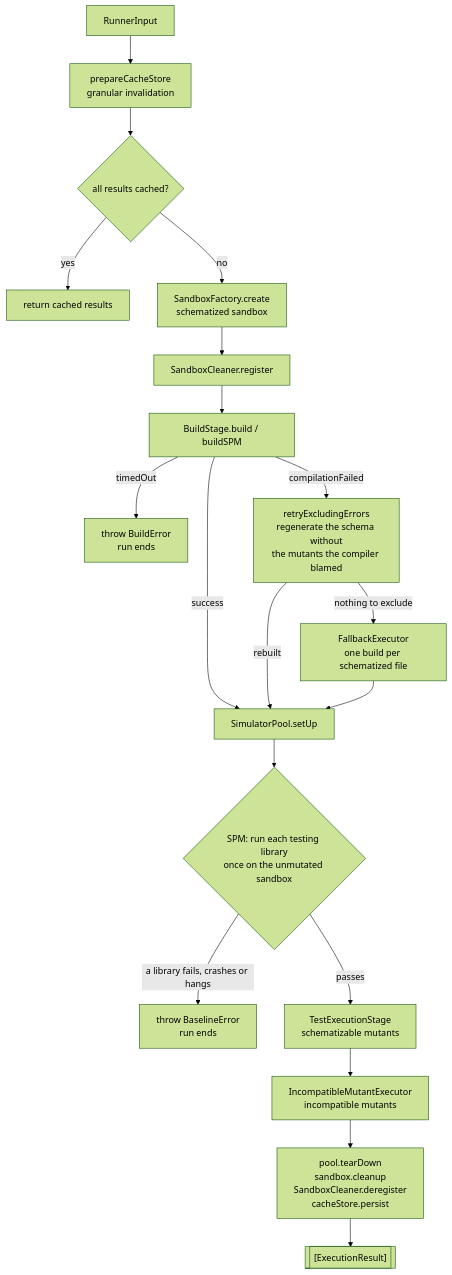
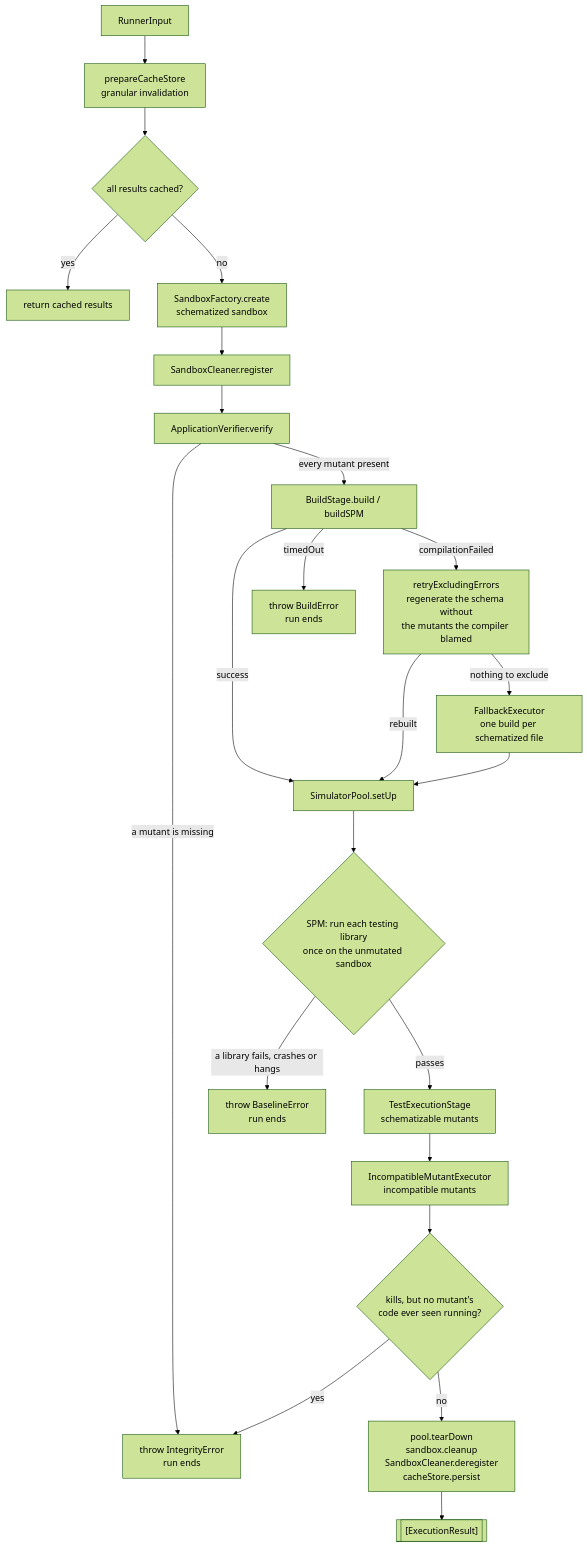
One commit to C24-Bank/swift-mutation-testing changed the first of 6 diagrams in Docs/CodeBase/07-execution.md. Above: the diagram before and after it, drawn with Mermaid (forest theme). The commit also changed other lines of this file and 5 other files, not shown here.

````diff
--- a/Docs/CodeBase/07-execution.md
+++ b/Docs/CodeBase/07-execution.md
@@ -18,21 +18,25 @@
 ```mermaid
 flowchart TD
     IN[RunnerInput] --> PREP[prepareCacheStore\ngranular invalidation]
     PREP --> CACHE{all results cached?}
     CACHE -- yes --> RETURN[return cached results]
     CACHE -- no --> SANDBOX[SandboxFactory.create\nschematized sandbox]
     SANDBOX --> REG[SandboxCleaner.register]
-    REG --> BUILD[BuildStage.build / buildSPM]
+    REG --> VERIFY[ApplicationVerifier.verify]
+    VERIFY -- a mutant is missing --> ABORTI[throw IntegrityError\nrun ends]
+    VERIFY -- every mutant present --> BUILD[BuildStage.build / buildSPM]
     BUILD -- success --> POOL[SimulatorPool.setUp]
     BUILD -- timedOut --> ABORT[throw BuildError\nrun ends]
     BUILD -- compilationFailed --> RETRY[retryExcludingErrors\nregenerate the schema without\nthe mutants the compiler blamed]
     RETRY -- rebuilt --> POOL
     RETRY -- nothing to exclude --> FALLBACK[FallbackExecutor\none build per schematized file]
     FALLBACK --> POOL
     POOL --> PROBE{SPM: run each testing library\nonce on the unmutated sandbox}
     PROBE -- a library fails, crashes or hangs --> ABORTB[throw BaselineError\nrun ends]
     PROBE -- passes --> NORMAL[TestExecutionStage\nschematizable mutants]
     NORMAL --> INCOMPAT[IncompatibleMutantExecutor\nincompatible mutants]
-    INCOMPAT --> TEARDOWN[pool.tearDown\nsandbox.cleanup\nSandboxCleaner.deregister\ncacheStore.persist]
+    INCOMPAT --> OBSERVED{kills, but no mutant's\ncode ever seen running?}
+    OBSERVED -- yes --> ABORTI
+    OBSERVED -- no --> TEARDOWN[pool.tearDown\nsandbox.cleanup\nSandboxCleaner.deregister\ncacheStore.persist]
     TEARDOWN --> RESULTS[["[ExecutionResult]"]]
 ```
````
